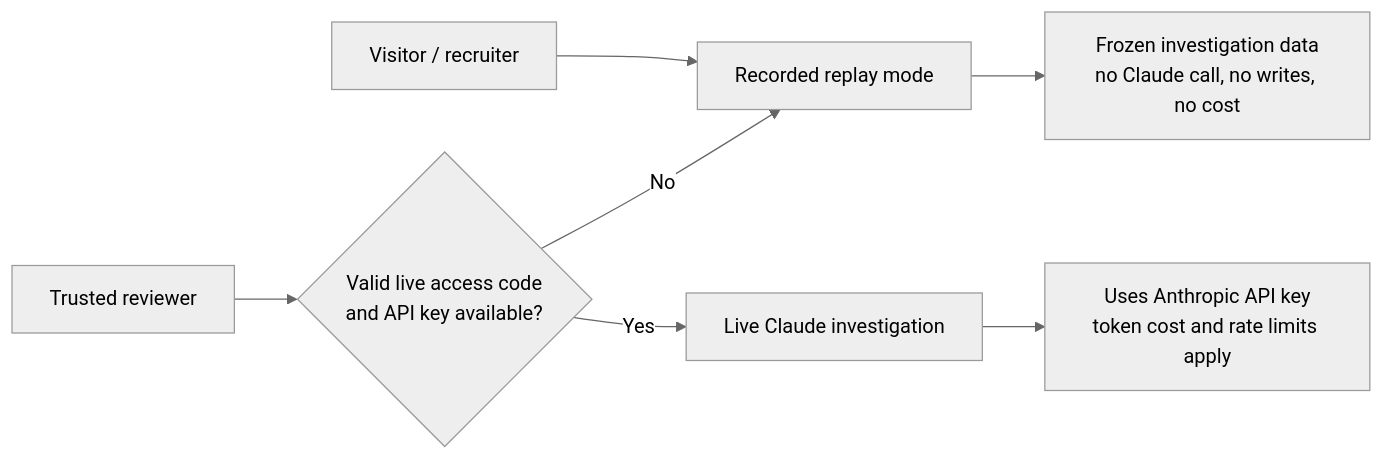
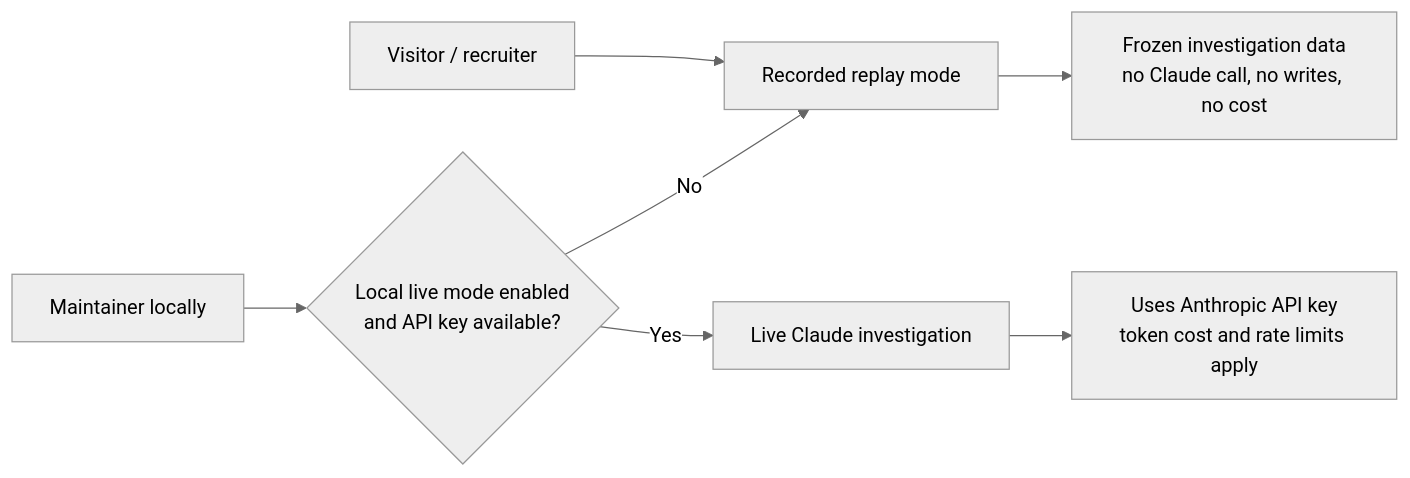
The eighth of 10 diagrams in docs/project-flowcharts.md (TahaRasheed740/agentic-mcp-support-ops-console), drawn with Mermaid (neutral theme) before and after one commit. The commit also changed other lines of this file and 18 other files, not shown here.

````diff
--- a/docs/project-flowcharts.md
+++ b/docs/project-flowcharts.md
@@ -254,10 +254,10 @@
 ```mermaid
 flowchart LR
     Visitor["Visitor / recruiter"] --> Replay["Recorded replay mode"]
     Replay --> Frozen["Frozen investigation data<br/>no Claude call, no writes, no cost"]
 
-    Reviewer["Trusted reviewer"] --> LiveGate{"Valid live access code<br/>and API key available?"}
+    Maintainer["Maintainer locally"] --> LiveGate{"Local live mode enabled<br/>and API key available?"}
     LiveGate -- No --> Replay
     LiveGate -- Yes --> Live["Live Claude investigation"]
     Live --> Cost["Uses Anthropic API key<br/>token cost and rate limits apply"]
 ```
````
